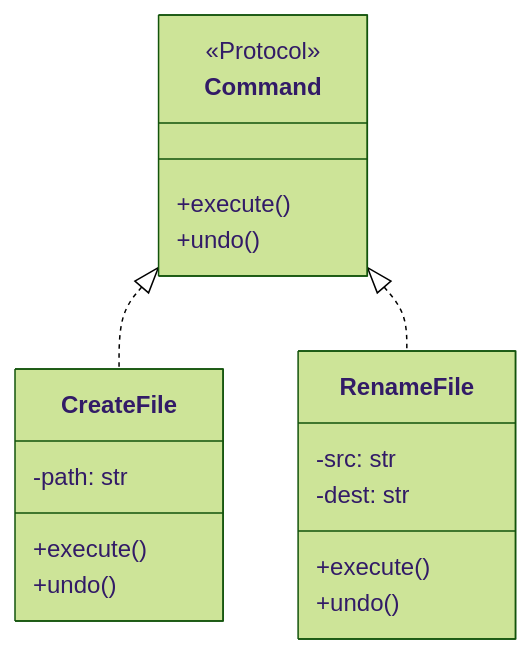
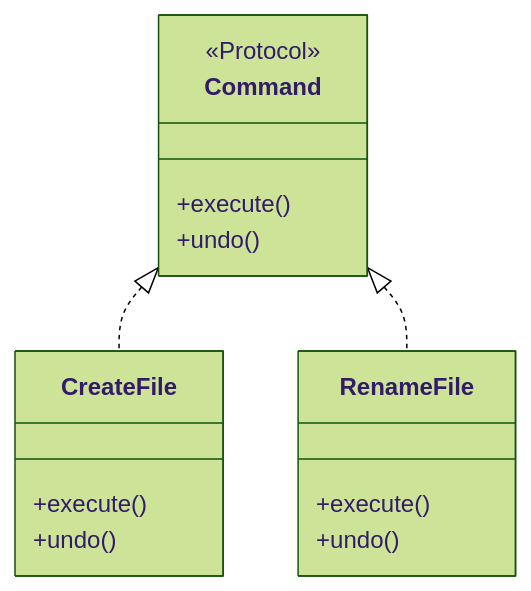
Before and after one commit to SanjayR857/All-in-One-Notes: the diagram in python-design-patterns/behavioral/command.md, drawn with Mermaid (forest theme). The commit also changed other lines of this file and 40 other files, not shown here.

````diff
--- a/python-design-patterns/behavioral/command.md
+++ b/python-design-patterns/behavioral/command.md
@@ -25,21 +33,18 @@
 ```mermaid
 classDiagram
     class Command {
         <<Protocol>>
         +execute()
         +undo()
     }
     class CreateFile {
-        -path: str
         +execute()
         +undo()
     }
     class RenameFile {
-        -src: str
-        -dest: str
         +execute()
         +undo()
     }
     Command <|.. CreateFile
     Command <|.. RenameFile
 ```
````
